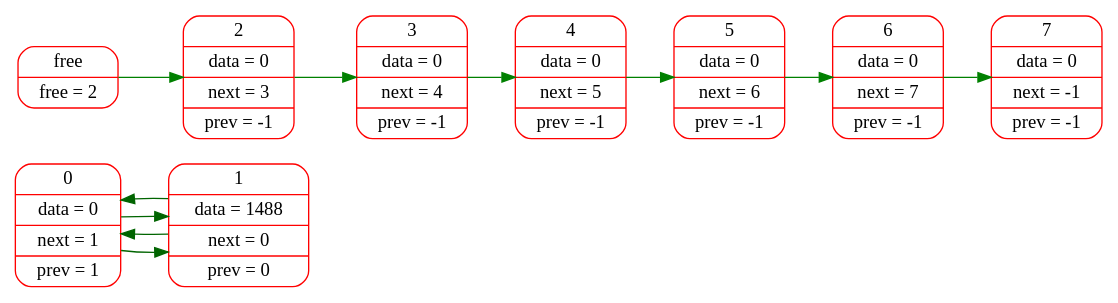
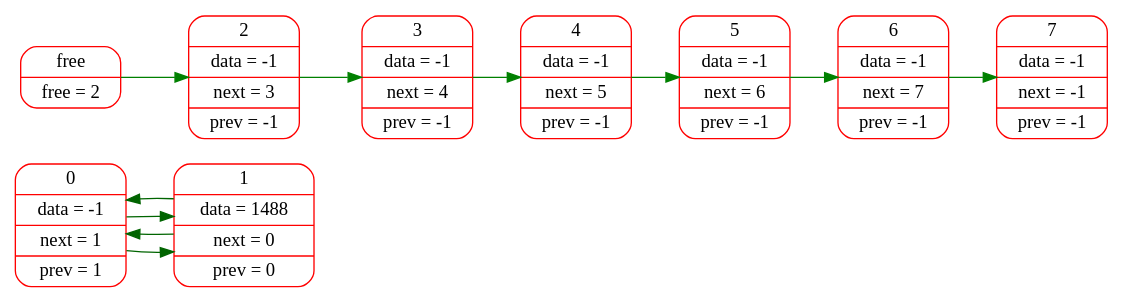
Before and after one commit to sevaphasol/list: the diagram in logs/dot_files/001.dot, drawn with Graphviz. The commit also changed 23 other files, not shown here.

```diff
--- a/logs/dot_files/001.dot
+++ b/logs/dot_files/001.dot
@@ -1,19 +1,19 @@
 digraph G{
 rankdir=LR;
 node[color="red",fontsize=14];
-elem0[shape="Mrecord", label="0 | data = 0 | next = 1 | prev = 1"];
+elem0[shape="Mrecord", label="0 | data = -1 | next = 1 | prev = 1"];
 elem1[shape="Mrecord", label="1 | data = 1488 | next = 0 | prev = 0"];
 edge[color="darkgreen",fontsize=12, penwidth=1];
 elem0->elem1->elem0;
 edge[color="darkgreen",fontsize=12, penwidth=1];
 elem0->elem1->elem0;
 free[shape="Mrecord", label="free | free = 2"];
-free_elem2[shape="Mrecord", label="2 | data = 0 | next = 3 | prev = -1"];
-free_elem3[shape="Mrecord", label="3 | data = 0 | next = 4 | prev = -1"];
-free_elem4[shape="Mrecord", label="4 | data = 0 | next = 5 | prev = -1"];
-free_elem5[shape="Mrecord", label="5 | data = 0 | next = 6 | prev = -1"];
-free_elem6[shape="Mrecord", label="6 | data = 0 | next = 7 | prev = -1"];
-free_elem7[shape="Mrecord", label="7 | data = 0 | next = -1 | prev = -1"];
+free_elem2[shape="Mrecord", label="2 | data = -1 | next = 3 | prev = -1"];
+free_elem3[shape="Mrecord", label="3 | data = -1 | next = 4 | prev = -1"];
+free_elem4[shape="Mrecord", label="4 | data = -1 | next = 5 | prev = -1"];
+free_elem5[shape="Mrecord", label="5 | data = -1 | next = 6 | prev = -1"];
+free_elem6[shape="Mrecord", label="6 | data = -1 | next = 7 | prev = -1"];
+free_elem7[shape="Mrecord", label="7 | data = -1 | next = -1 | prev = -1"];
 edge[color="green",fontsize=12, penwidth=1];
 free->free_elem2->free_elem3->free_elem4->free_elem5->free_elem6->free_elem7;
 }
```
